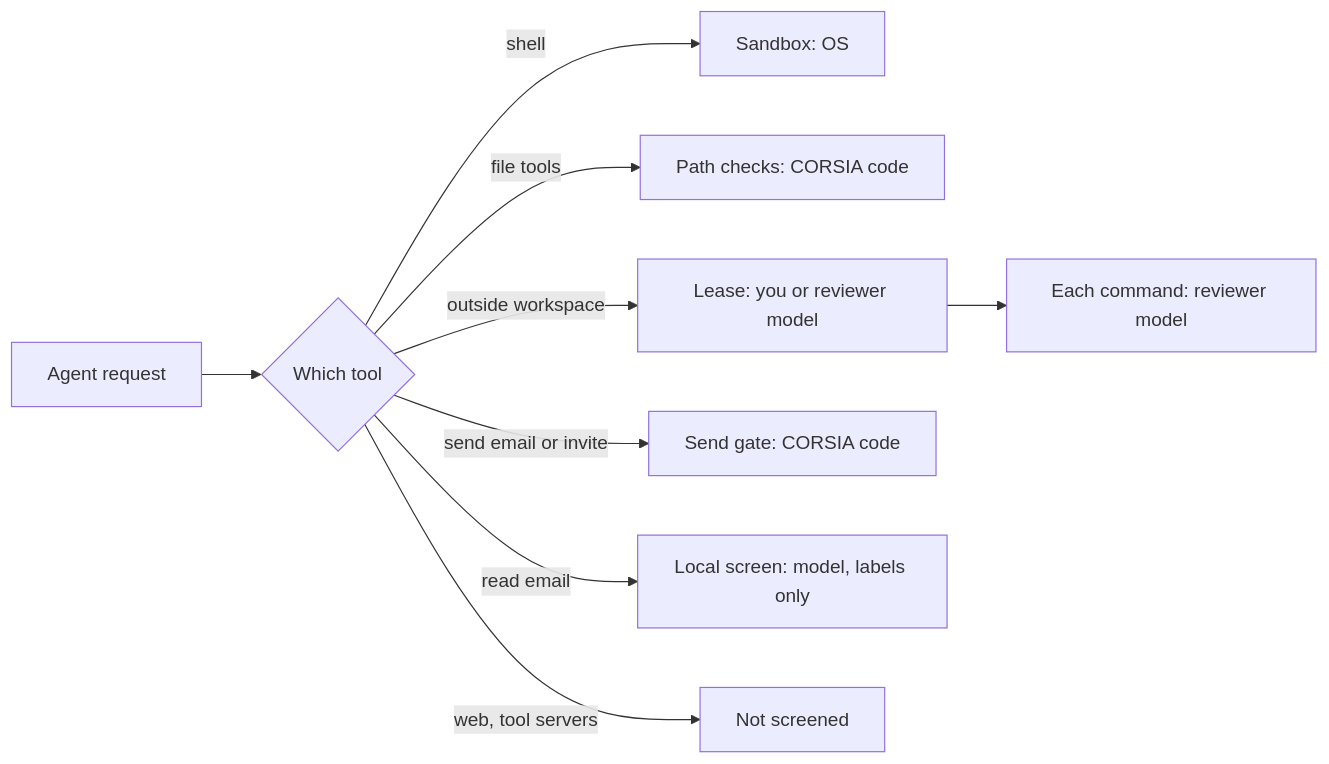
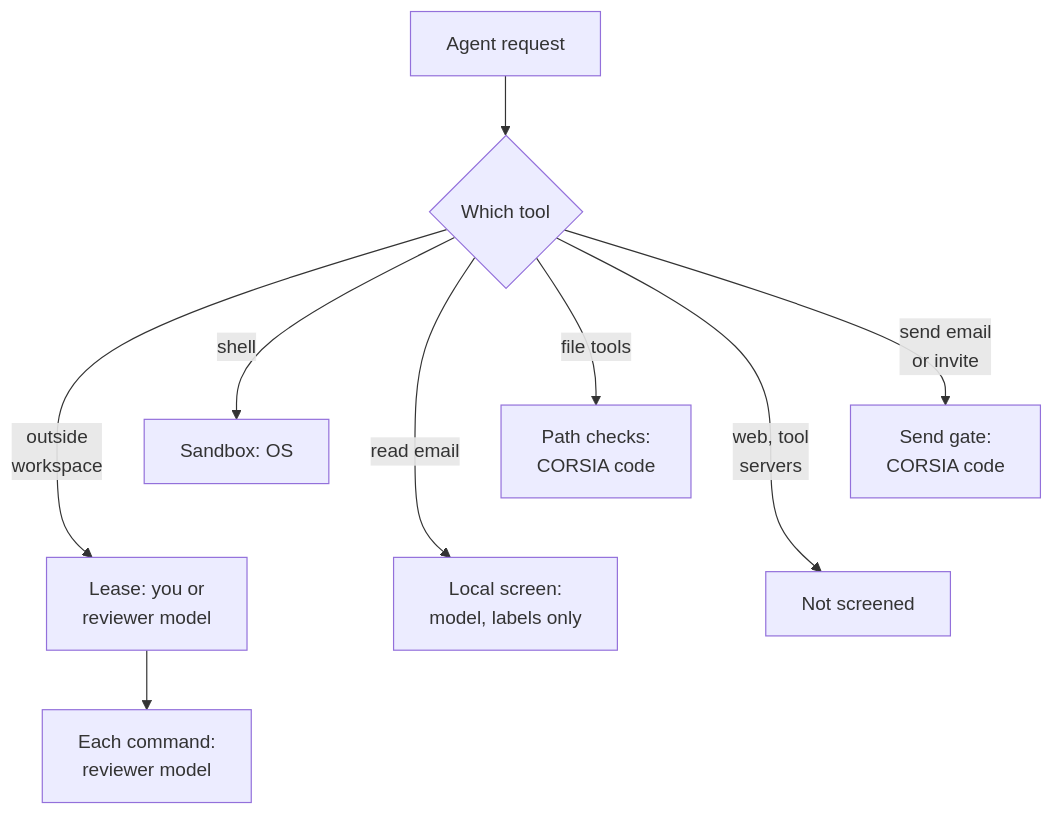
One commit to cebertowicz/corsia changed the diagram in docs/security/threat-model.md. Above: the diagram before and after it, drawn with Mermaid. The commit also changed 3 other files, not shown here.

Commit message:
Docs: narrow four diagrams so their text stays readable on a phone

````diff
--- a/docs/security/threat-model.md
+++ b/docs/security/threat-model.md
@@ -47,11 +47,15 @@
 ```mermaid
-flowchart LR
+flowchart TB
     R[Agent request] --> T{Which tool}
     T -->|shell| SB[Sandbox: OS]
-    T -->|file tools| FG[Path checks: CORSIA code]
-    T -->|outside workspace| L[Lease: you or reviewer model]
-    L --> AR[Each command: reviewer model]
-    T -->|send email or invite| G[Send gate: CORSIA code]
-    T -->|read email| ES[Local screen: model, labels only]
-    T -->|web, tool servers| X[Not screened]
+    T -->|file tools| FG[Path checks:<br/>CORSIA code]
+    T -->|send email<br/>or invite| G[Send gate:<br/>CORSIA code]
+    T -->|outside<br/>workspace| L[Lease: you or<br/>reviewer model]
+    L --> AR[Each command:<br/>reviewer model]
+    T -->|read email| ES[Local screen:<br/>model, labels only]
+    T -->|web, tool<br/>servers| X[Not screened]
+    %% invisible links only set the rows, to keep the diagram narrow
+    SB ~~~ L
+    FG ~~~ ES
+    G ~~~ X
 ```
````
